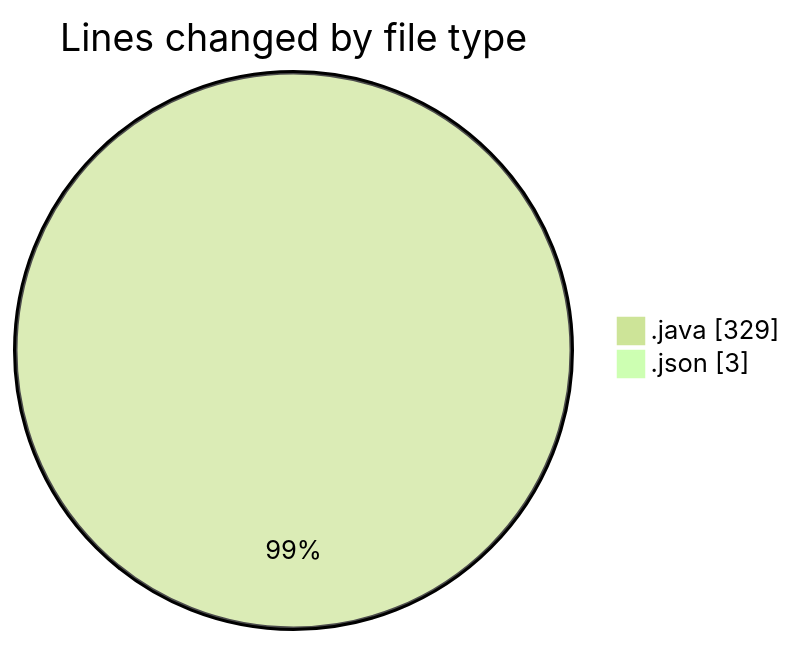
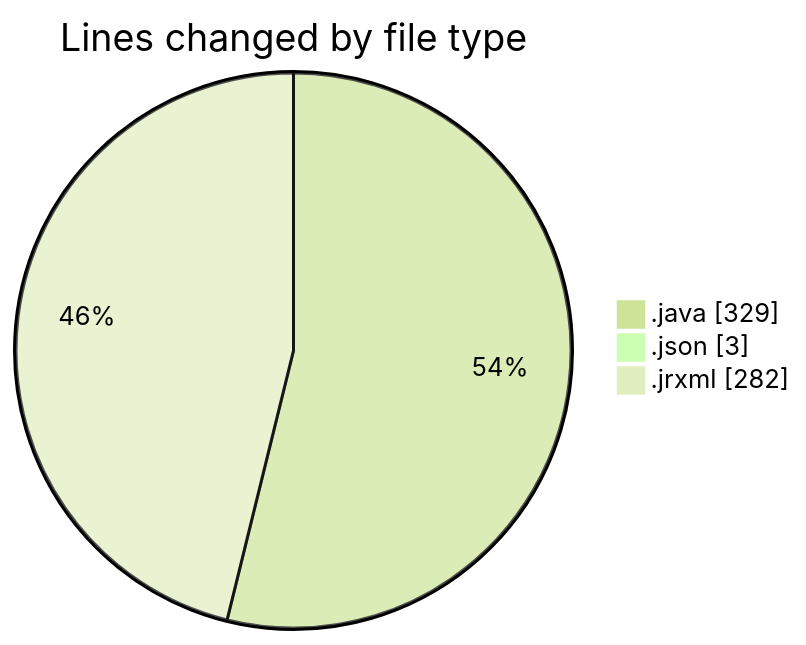
One commit to ricardozamudiocil/code-tracking changed the first of 2 diagrams in 2026-09-16/cilreports__workspace_/README.md. Above: the diagram before and after it, drawn with Mermaid (forest theme). The commit also changed other lines of this file and 1 other file, not shown here.

````diff
--- a/2026-09-16/cilreports__workspace_/README.md
+++ b/2026-09-16/cilreports__workspace_/README.md
@@ -21,6 +22,7 @@
 ```mermaid
 pie showData
 title Lines changed by file type
 ".java" : 329
 ".json" : 3
+".jrxml" : 282
 ```
````
